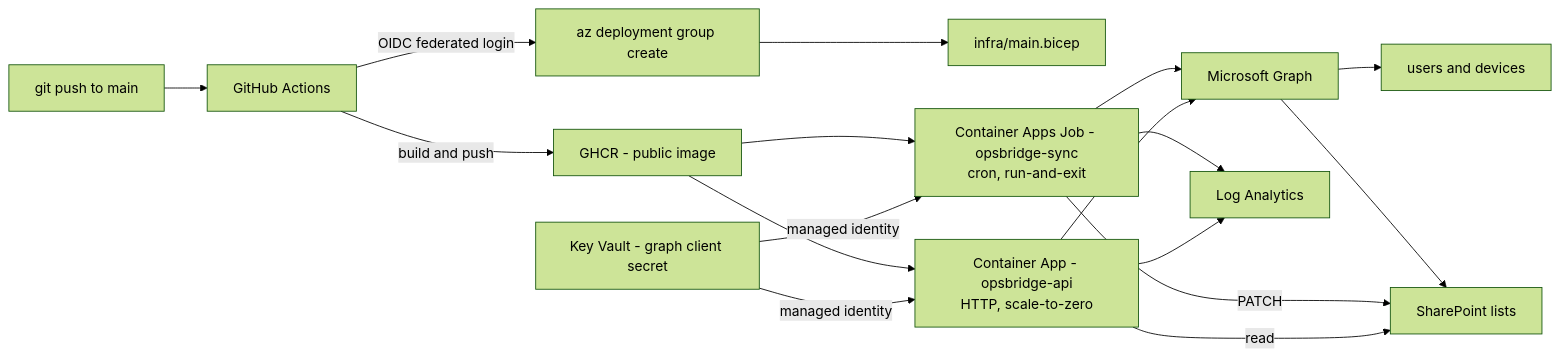
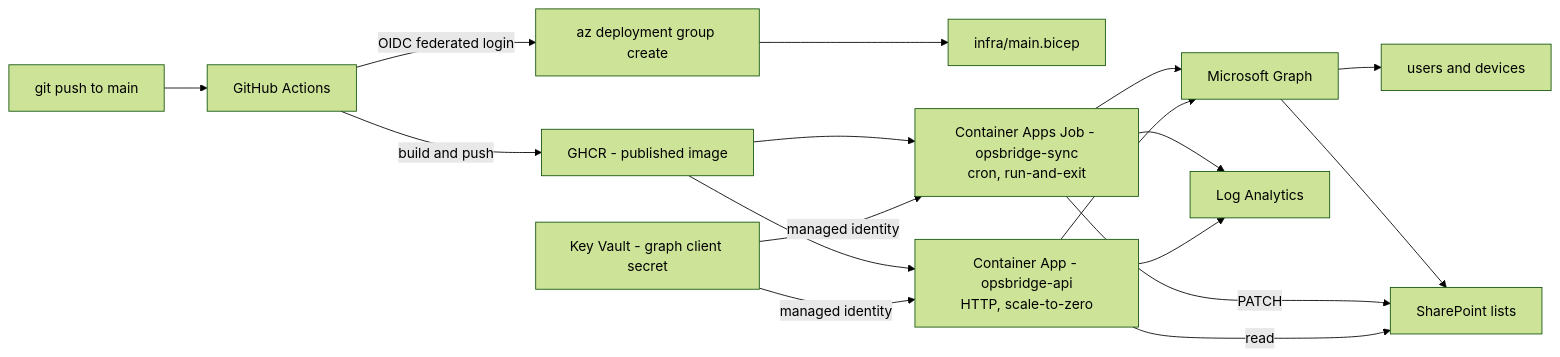
Before and after one commit to Alhamwis/OpsBridge365: the diagram in README.md, drawn with Mermaid (forest theme). The commit also changed other lines of this file and 6 other files, not shown here.

````diff
--- a/README.md
+++ b/README.md
@@ -49,24 +55,24 @@
 ```mermaid
 flowchart LR
     dev["git push to main"] --> gha["GitHub Actions"]
-    gha -->|"build and push"| ghcr["GHCR - public image"]
+    gha -->|"build and push"| ghcr["GHCR - published image"]
     gha -->|"OIDC federated login"| arm["az deployment group create"]
     arm --> bicep["infra/main.bicep"]
 
     ghcr --> job["Container Apps Job - opsbridge-sync<br/>cron, run-and-exit"]
     ghcr --> api["Container App - opsbridge-api<br/>HTTP, scale-to-zero"]
 
     kv["Key Vault - graph client secret"] -->|"managed identity"| job
     kv -->|"managed identity"| api
 
     job --> msgraph["Microsoft Graph"]
     api --> msgraph
     msgraph --> users["users and devices"]
     msgraph --> sp["SharePoint lists"]
 
     job -->|"PATCH"| sp
     api -->|"read"| sp
 
     job --> logs["Log Analytics"]
     api --> logs
 ```
````
